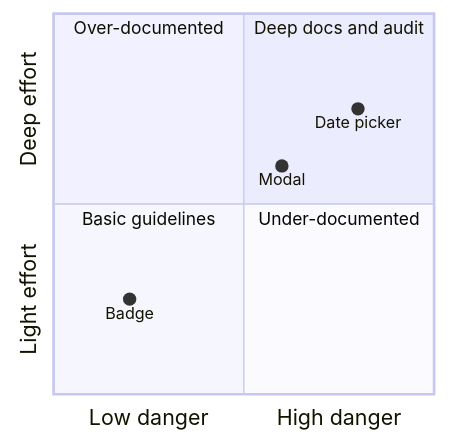
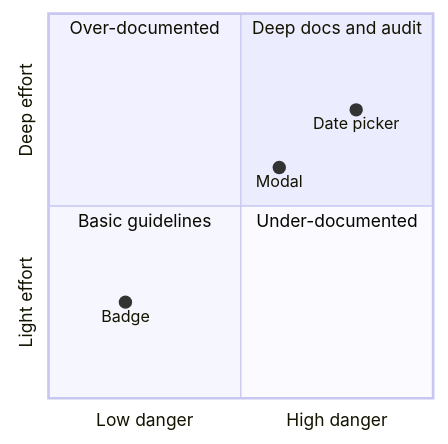
The first of 2 diagrams in src/content/docs/risk-management.md (F4cu/ds101), drawn with Mermaid before and after one commit. The commit also changed 1 other file, not shown here.

Commit message:
Add stakeholder map quadrant and fix quadrant axis font sizes
Stakeholder Alignment gets a quadrant chart for the stakeholder map
(frequency of use x influence). Risk Management's chart used
axisLabelFontSize, which Mermaid ignores; both charts now set
xAxisLabelFontSize and yAxisLabelFontSize to 13 to match the
quadrant labels.

````diff
--- a/src/content/docs/risk-management.md
+++ b/src/content/docs/risk-management.md
@@ -37,21 +37,22 @@
 ```mermaid
 ---
 config:
   quadrantChart:
     chartWidth: 320
     chartHeight: 320
     quadrantLabelFontSize: 13
     pointLabelFontSize: 12
-    axisLabelFontSize: 13
+    xAxisLabelFontSize: 13
+    yAxisLabelFontSize: 13
 ---
 quadrantChart
   x-axis Low danger --> High danger
   y-axis Light effort --> Deep effort
   quadrant-1 Deep docs and audit
   quadrant-2 Over-documented
   quadrant-3 Basic guidelines
   quadrant-4 Under-documented
   Badge: [0.2, 0.25]
   Modal: [0.6, 0.6]
   Date picker: [0.8, 0.75]
 ```
````
